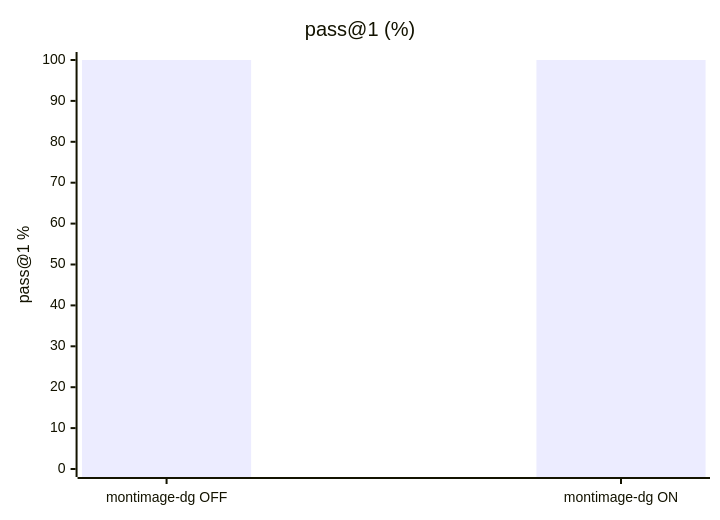
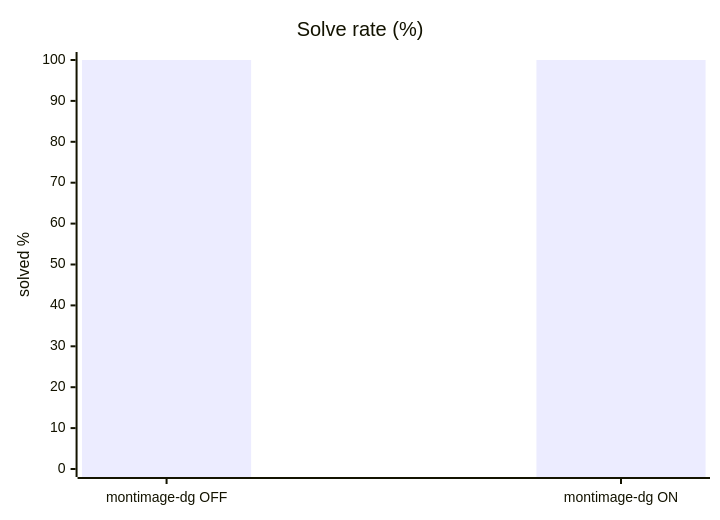
The first of 5 diagrams in results/2026-08-20-agentic-baseline/REPORT.md (luongnv89/dgx-spark-llm-lab), drawn with Mermaid before and after one commit. The commit also changed other lines of this file and 12 other files, not shown here.

````diff
--- a/results/2026-08-20-agentic-baseline/REPORT.md
+++ b/results/2026-08-20-agentic-baseline/REPORT.md
@@ -26,7 +26,7 @@
 ```mermaid
 xychart-beta
-    title "pass@1 (%)"
+    title "Solve rate (%)"
     x-axis ["montimage-dg OFF", "montimage-dg ON"]
-    y-axis "pass@1 %" 0 --> 100
+    y-axis "solved %" 0 --> 100
     bar [100, 100]
 ```
````
